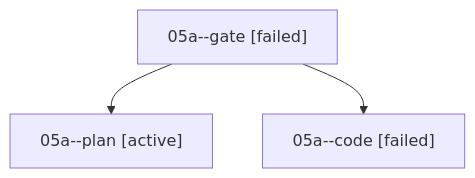
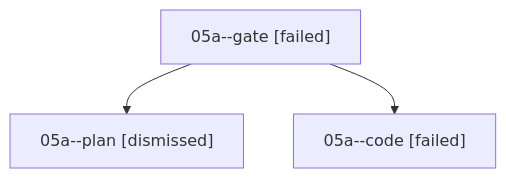
One commit to sase-org/sase--agents changed the diagram in sessions/bbugyi200.athena.05a.md. Above: the diagram before and after it, drawn with Mermaid. The commit also changed other lines of this file and 21 other files, not shown here.

````diff
--- a/sessions/bbugyi200.athena.05a.md
+++ b/sessions/bbugyi200.athena.05a.md
@@ -9,8 +9,8 @@
 ```mermaid
 flowchart TD
   n0["05a--gate [failed]"]
-  n1["05a--plan [active]"]
+  n1["05a--plan [dismissed]"]
   n0 --> n1
   n2["05a--code [failed]"]
   n0 --> n2
 ```
````
